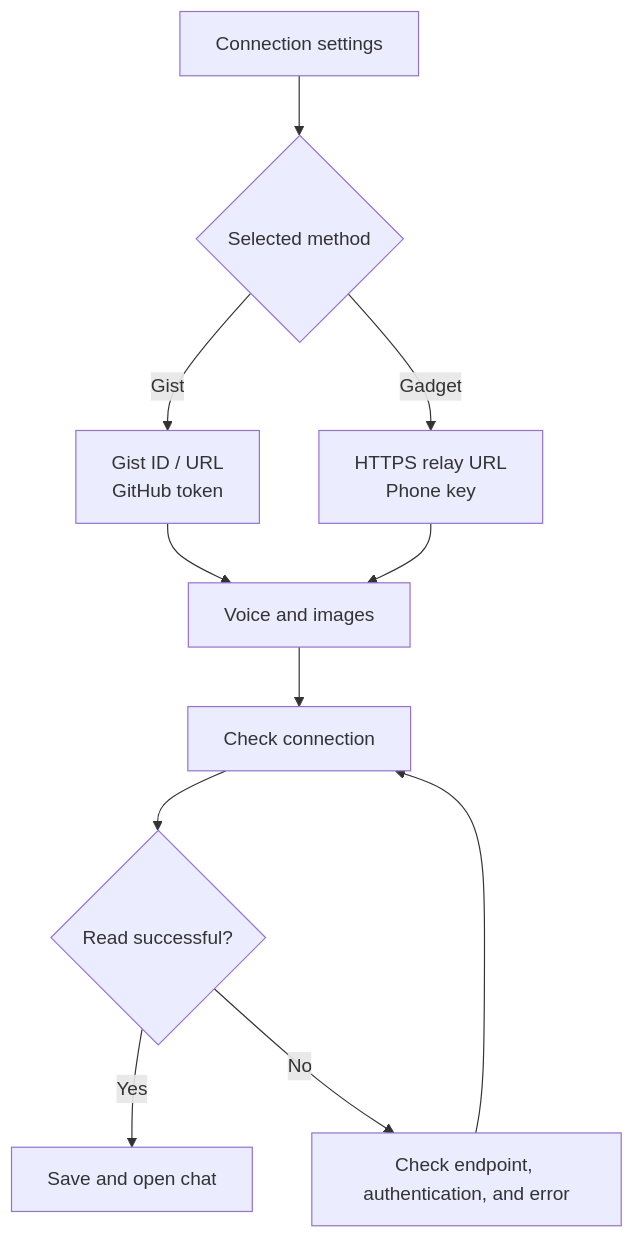
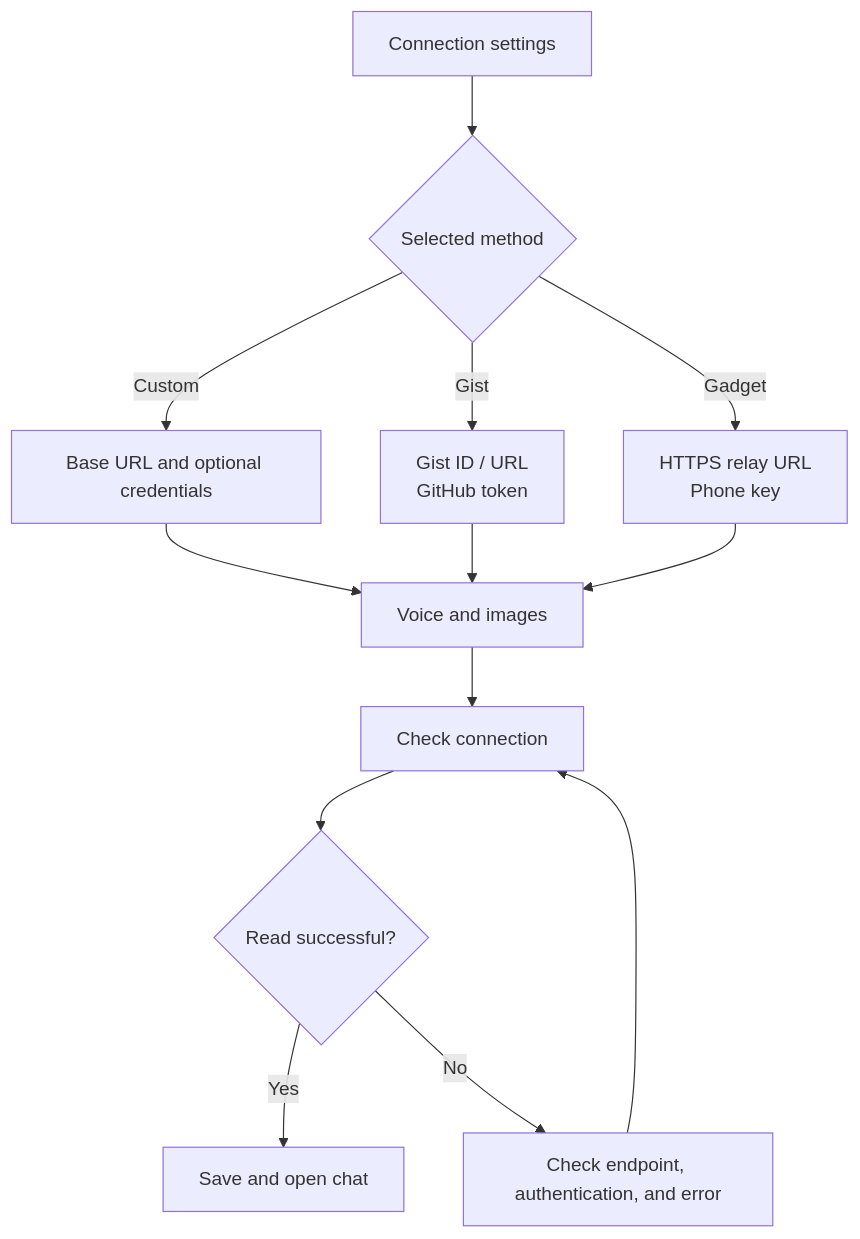
One commit to 3mintimer/muse-relay changed the second of 3 diagrams in docs/relay-setup.md. Above: the diagram before and after it, drawn with Mermaid. The commit also changed other lines of this file and 27 other files, not shown here.

````diff
--- a/docs/relay-setup.md
+++ b/docs/relay-setup.md
@@ -189,13 +232,15 @@
 ```mermaid
 flowchart TD
   A[Connection settings] --> B{Selected method}
   B -->|Gist| C[Gist ID / URL<br/>GitHub token]
   B -->|Gadget| D[HTTPS relay URL<br/>Phone key]
+  B -->|Custom| J[Base URL and optional credentials]
+  J --> E
   C --> E[Voice and images]
   D --> E
   E --> F[Check connection]
   F --> G{Read successful?}
   G -->|Yes| H[Save and open chat]
   G -->|No| I[Check endpoint, authentication, and error]
   I --> F
 ```
````
